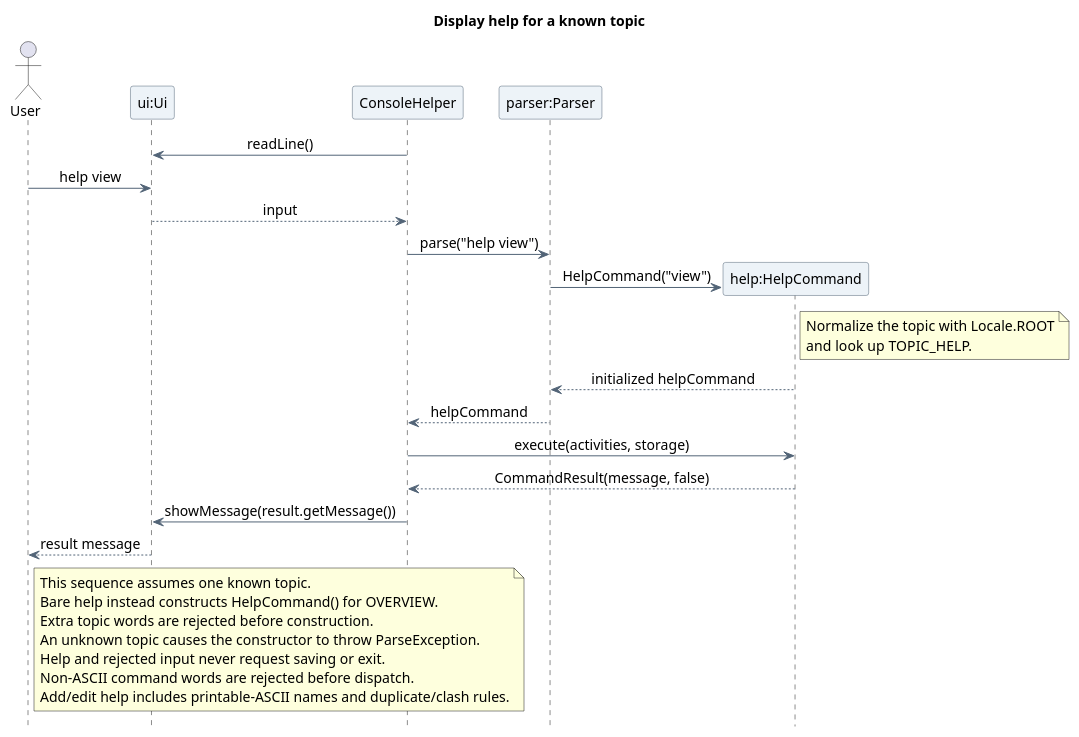
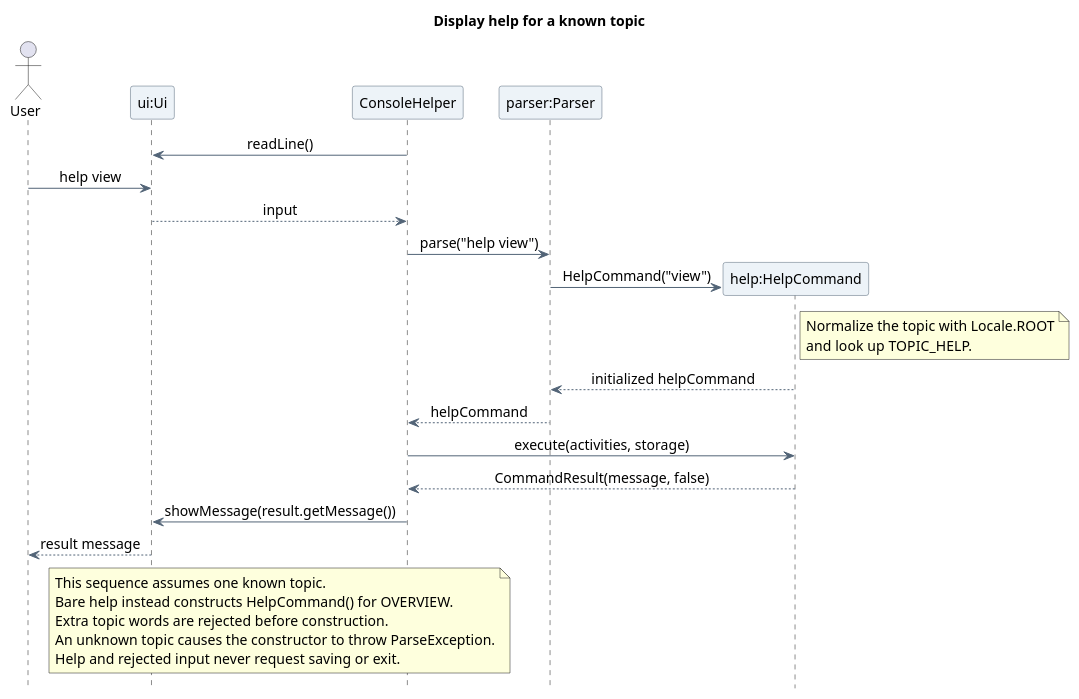
One commit to AY2627S1-CS2113-T10-4/tp changed the diagram in docs/diagrams/atharva/sequence/TopicHelpSequence.puml. Above: the diagram before and after it, drawn with PlantUML. The commit also changed 3 other files, not shown here.

First line of the commit message:
docs: update Atharva diagrams

```diff
--- a/docs/diagrams/atharva/sequence/TopicHelpSequence.puml
+++ b/docs/diagrams/atharva/sequence/TopicHelpSequence.puml
@@ -2,45 +2,43 @@
 @startuml
 title Display help for a known topic
 skinparam backgroundColor white
 skinparam shadowing false
 skinparam defaultFontName SansSerif
 skinparam defaultFontSize 14
 skinparam ParticipantBackgroundColor #EDF3F8
 skinparam ParticipantBorderColor #526477
 skinparam ArrowColor #526477
 skinparam sequenceMessageAlign center
 hide footbox
 
 actor "User" as User
 participant "ui:Ui" as UI
 participant "ConsoleHelper" as Console
 participant "parser:Parser" as Parser
 
 Console -> UI : readLine()
 User -> UI : help view
 UI --> Console : input
 
 Console -> Parser : parse("help view")
 create participant "help:HelpCommand" as Help
 Parser -> Help : HelpCommand("view")
 note right of Help
   Normalize the topic with Locale.ROOT
   and look up TOPIC_HELP.
 end note
 Help --> Parser : initialized helpCommand
 Parser --> Console : helpCommand
 Console -> Help : execute(activities, storage)
 Help --> Console : CommandResult(message, false)
 Console -> UI : showMessage(result.getMessage())
 UI --> User : result message
 
 note over Console, UI
   This sequence assumes one known topic.
   Bare help instead constructs HelpCommand() for OVERVIEW.
   Extra topic words are rejected before construction.
   An unknown topic causes the constructor to throw ParseException.
   Help and rejected input never request saving or exit.
-  Non-ASCII command words are rejected before dispatch.
-  Add/edit help includes printable-ASCII names and duplicate/clash rules.
 end note
 @enduml
```
